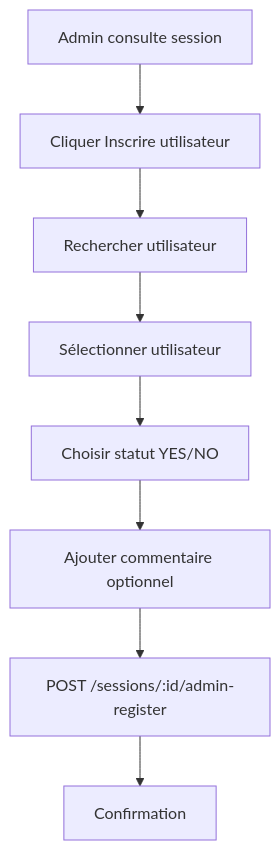
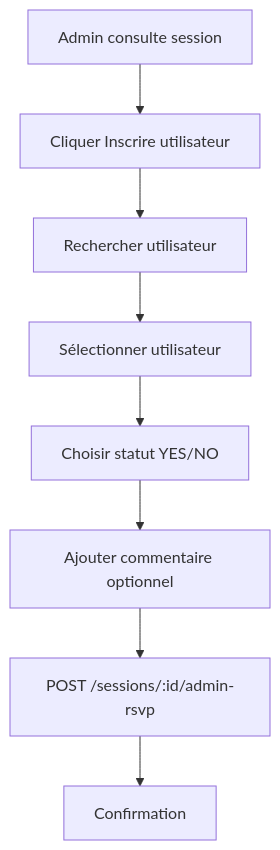
The fourth of 4 diagrams in FRONTEND_DEVELOPER_GUIDE.md (AGS-hcole/mc-academy-api), drawn with Mermaid before and after one commit. The commit also changed other lines of this file and 3 other files, not shown here.

````diff
--- a/FRONTEND_DEVELOPER_GUIDE.md
+++ b/FRONTEND_DEVELOPER_GUIDE.md
@@ -611,10 +642,10 @@
 ```mermaid
 graph TD
     A[Admin consulte session] --> B[Cliquer Inscrire utilisateur]
     B --> C[Rechercher utilisateur]
     C --> D[Sélectionner utilisateur]
     D --> E[Choisir statut YES/NO]
     E --> F[Ajouter commentaire optionnel]
-    F --> G[POST /sessions/:id/admin-register]
+    F --> G[POST /sessions/:id/admin-rsvp]
     G --> H[Confirmation]
 ```
````
